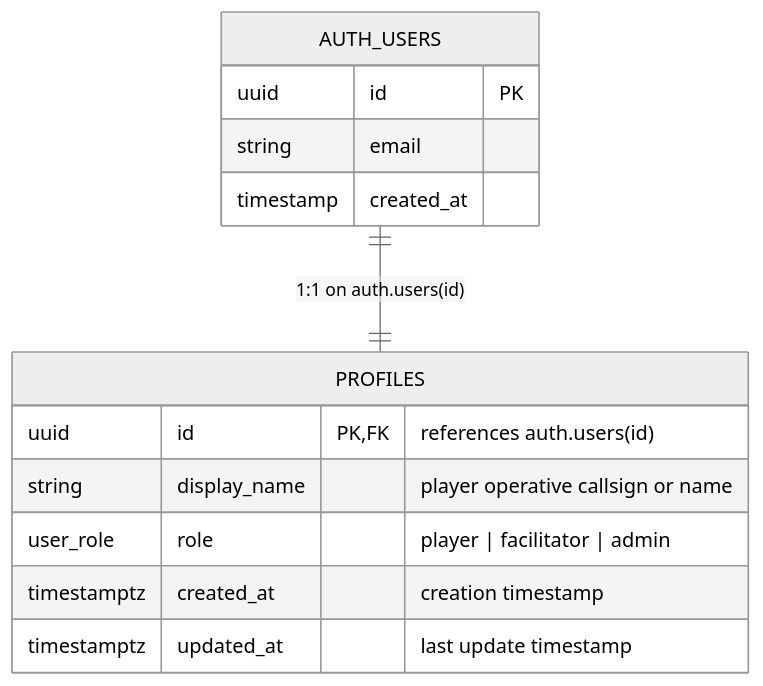
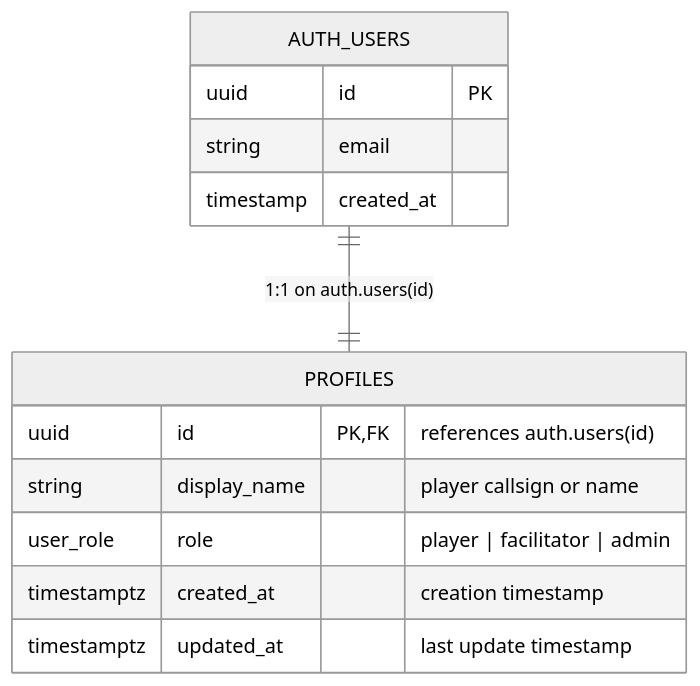
One commit to henriqueschorr/beyond_the_horizon_app changed the first of 3 diagrams in design/02-sdd-database.md. Above: the diagram before and after it, drawn with Mermaid (neutral theme). The commit also changed other lines of this file and 70 other files, not shown here.

````diff
--- a/design/02-sdd-database.md
+++ b/design/02-sdd-database.md
@@ -72,18 +72,18 @@
 ```mermaid
 erDiagram
     AUTH_USERS ||--|| PROFILES : "1:1 on auth.users(id)"
 
     AUTH_USERS {
         uuid id PK
         string email
         timestamp created_at
     }
 
     PROFILES {
         uuid id PK,FK "references auth.users(id)"
-        string display_name "player operative callsign or name"
+        string display_name "player callsign or name"
         user_role role "player | facilitator | admin"
         timestamptz created_at "creation timestamp"
         timestamptz updated_at "last update timestamp"
     }
 ```
````
